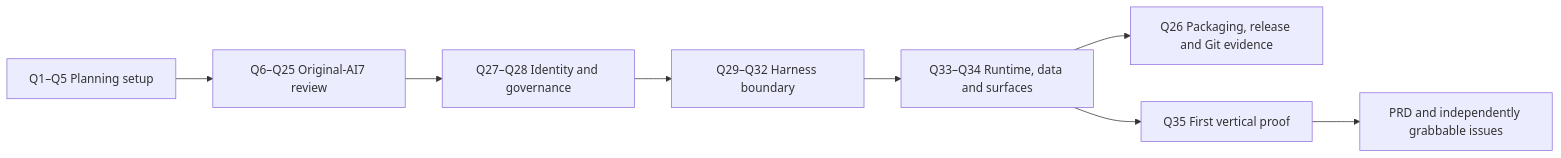
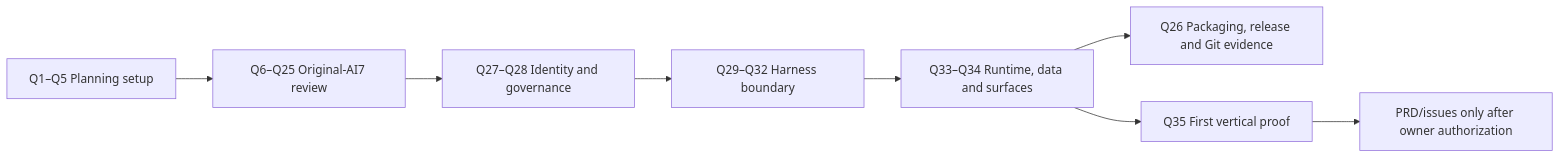
The diagram in kick-in/05-decision-map.md (zhouy1017/ai7-harness), drawn with Mermaid before and after one commit. The commit also changed other lines of this file and 45 other files, not shown here.

First line of the commit message:
docs(architecture): freeze v1 platform revision

````diff
--- a/kick-in/05-decision-map.md
+++ b/kick-in/05-decision-map.md
@@ -77,10 +81,10 @@
 ```mermaid
 flowchart LR
     Setup["Q1–Q5 Planning setup"] --> Inheritance["Q6–Q25 Original-AI7 review"]
     Inheritance --> Governance["Q27–Q28 Identity and governance"]
     Governance --> Harness["Q29–Q32 Harness boundary"]
     Harness --> Product["Q33–Q34 Runtime, data and surfaces"]
     Product --> Packaging["Q26 Packaging, release and Git evidence"]
     Product --> Slice["Q35 First vertical proof"]
-    Slice --> PRD["PRD and independently grabbable issues"]
+    Slice --> PRD["PRD/issues only after owner authorization"]
 ```
````
